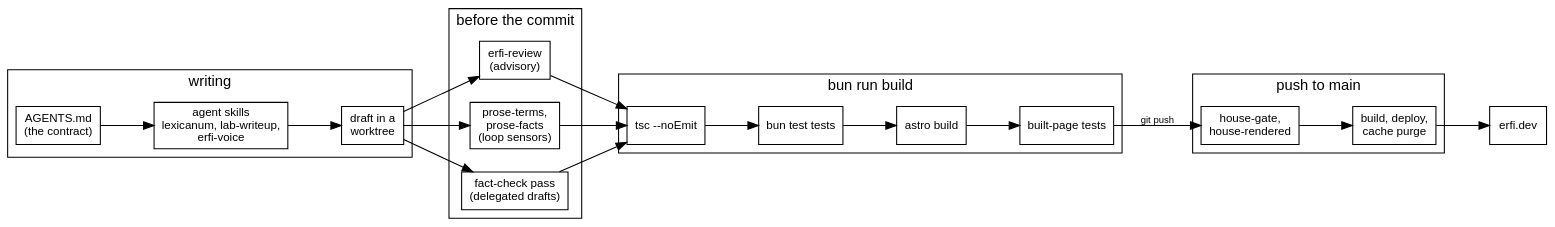
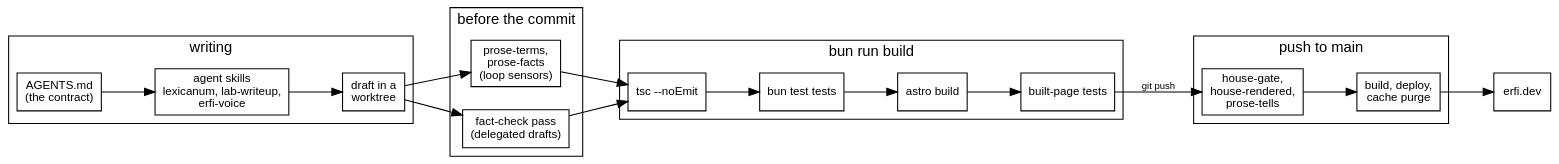
The first of 2 diagrams in src/content/docs/reference/how-this-site-is-written.mdx (erfianugrah/lexicanum), drawn with Graphviz before and after one commit. The commit also changed other lines of this file and 12 other files, not shown here.

First line of the commit message:
ci: prose-tells gate - a model reviews touched paragraphs, any flag blocks the deploy (lexicanum#109)

````diff
--- a/src/content/docs/reference/how-this-site-is-written.mdx
+++ b/src/content/docs/reference/how-this-site-is-written.mdx
@@ -23,45 +23,42 @@
 ```dot
 digraph {
   rankdir=LR; bgcolor="transparent"; nodesep=0.3; ranksep=0.7;
   fontname="Helvetica,Arial,sans-serif";
   node [fontname="Helvetica,Arial,sans-serif", fontsize=11, shape=box];
   edge [fontname="Helvetica,Arial,sans-serif", fontsize=9];
 
   subgraph cluster_write {
     label="writing";
     contract [label="AGENTS.md\n(the contract)"];
     skills [label="agent skills\nlexicanum, lab-writeup,\nerfi-voice"];
     draft [label="draft in a\nworktree"];
   }
   subgraph cluster_local {
     label="before the commit";
-    review [label="erfi-review\n(advisory)"];
     sensors [label="prose-terms,\nprose-facts\n(loop sensors)"];
     factcheck [label="fact-check pass\n(delegated drafts)"];
   }
   subgraph cluster_build {
     label="bun run build";
     tsc [label="tsc --noEmit"];
     tests [label="bun test tests"];
     astro [label="astro build"];
     built [label="built-page tests"];
   }
   subgraph cluster_ci {
     label="push to main";
-    house [label="house-gate,\nhouse-rendered"];
+    house [label="house-gate,\nhouse-rendered,\nprose-tells"];
     deploy [label="build, deploy,\ncache purge"];
   }
   site [label="erfi.dev"];
 
   contract -> skills -> draft;
-  draft -> review;
   draft -> sensors;
   draft -> factcheck;
-  review -> tsc;
   sensors -> tsc;
   factcheck -> tsc;
   tsc -> tests -> astro -> built;
   built -> house [label="git push"];
   house -> deploy -> site;
 }
 ```
````
